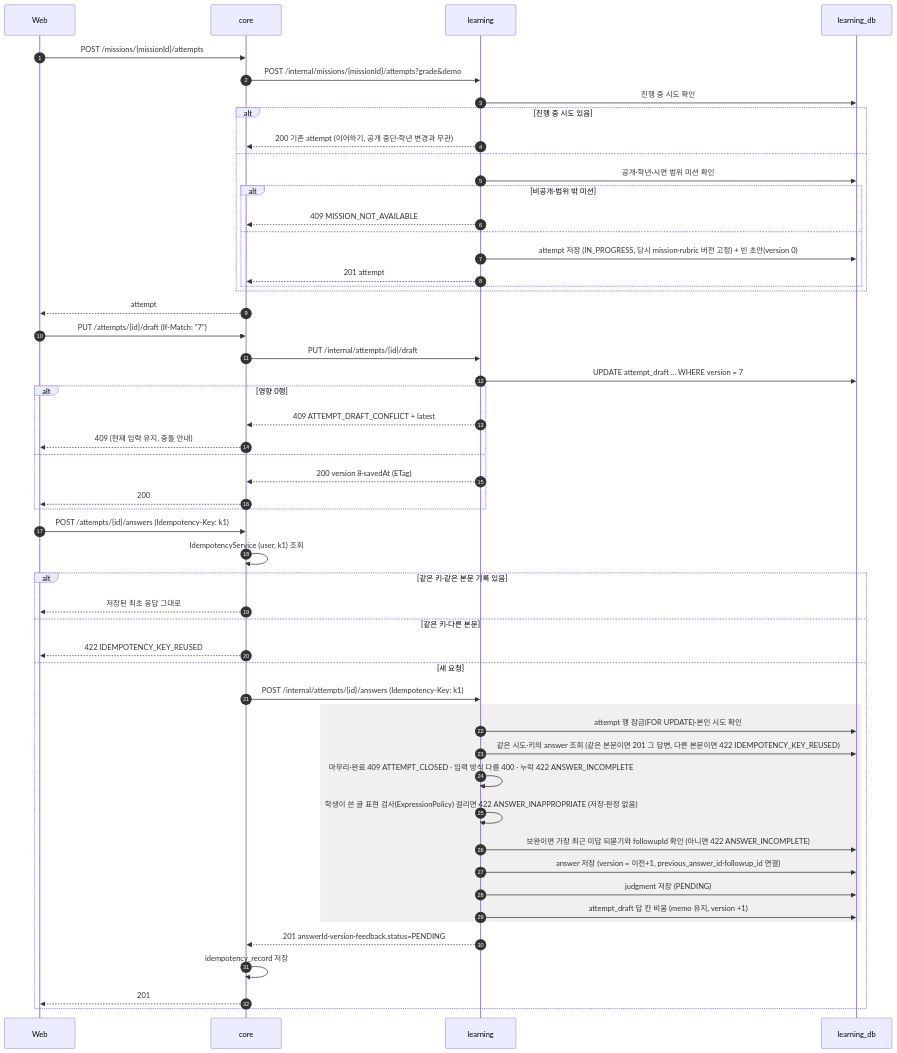
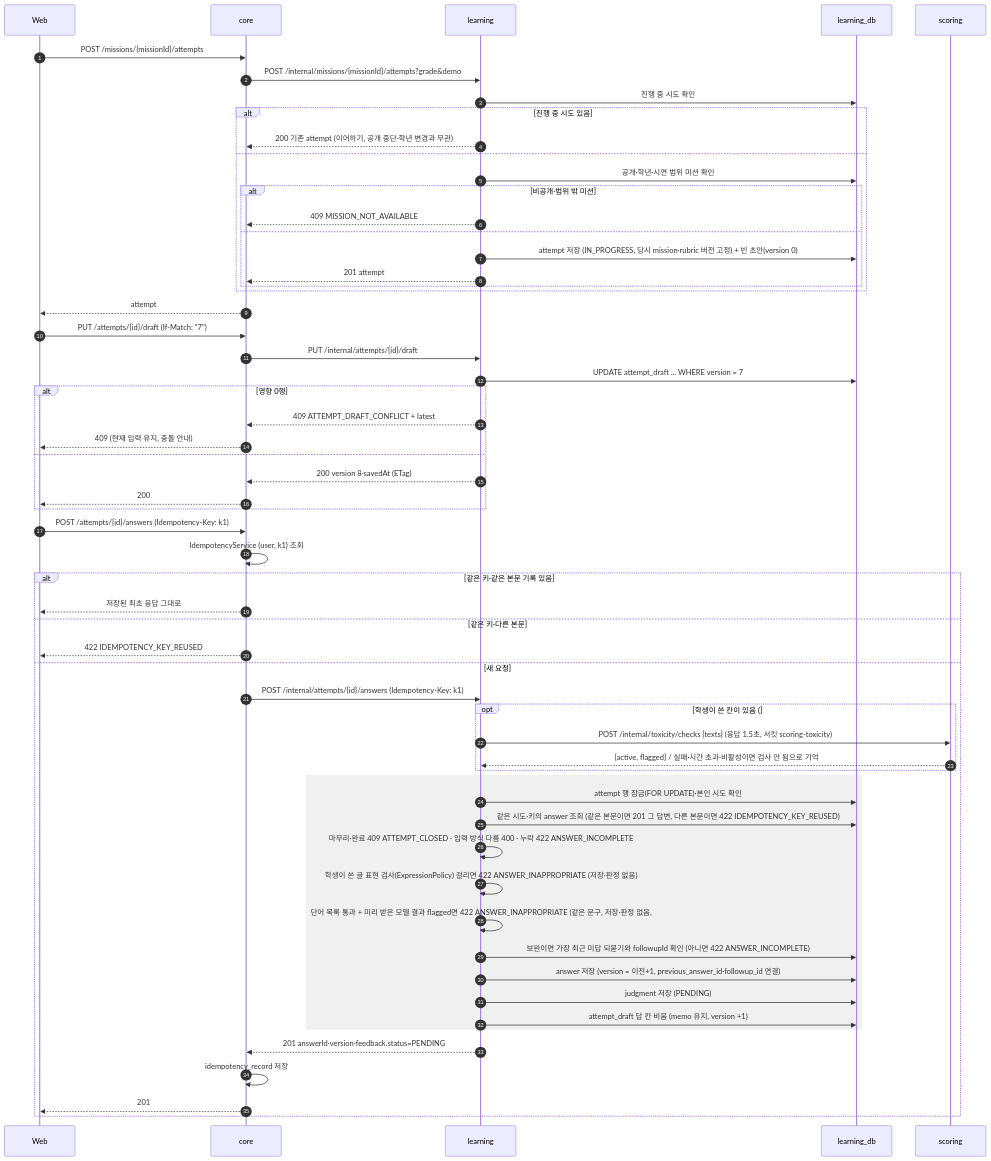
One commit to SKNETWORKS-FAMILY-AICAMP/SKN34-FINAL-3TEAM changed diagram 14 of 41 in docs/design/sequence-diagram.md. Above: the diagram before and after it, drawn with Mermaid. The commit also changed other lines of this file and 6 other files, not shown here.

````diff
--- a/docs/design/sequence-diagram.md
+++ b/docs/design/sequence-diagram.md
@@ -485,58 +485,64 @@
 ```mermaid
 sequenceDiagram
   autonumber
   participant W as Web
   participant C as core
   participant L as learning
   participant DB as learning_db
+  participant S as scoring
 
   W->>C: POST /missions/{missionId}/attempts
   C->>L: POST /internal/missions/{missionId}/attempts?grade&demo
   L->>DB: 진행 중 시도 확인
   alt 진행 중 시도 있음
     L-->>C: 200 기존 attempt (이어하기, 공개 중단·학년 변경과 무관)
   else
     L->>DB: 공개·학년·시연 범위 미션 확인
     alt 비공개·범위 밖 미션
       L-->>C: 409 MISSION_NOT_AVAILABLE
     else
       L->>DB: attempt 저장 (IN_PROGRESS, 당시 mission·rubric 버전 고정) + 빈 초안(version 0)
       L-->>C: 201 attempt
     end
   end
   C-->>W: attempt
 
   W->>C: PUT /attempts/{id}/draft (If-Match: "7")
   C->>L: PUT /internal/attempts/{id}/draft
   L->>DB: UPDATE attempt_draft ... WHERE version = 7
   alt 영향 0행
     L-->>C: 409 ATTEMPT_DRAFT_CONFLICT + latest
     C-->>W: 409 (현재 입력 유지, 충돌 안내)
   else
     L-->>C: 200 version 8·savedAt (ETag)
     C-->>W: 200
   end
 
   W->>C: POST /attempts/{id}/answers (Idempotency-Key: k1)
   C->>C: IdempotencyService (user, k1) 조회
   alt 같은 키·같은 본문 기록 있음
     C-->>W: 저장된 최초 응답 그대로
   else 같은 키·다른 본문
     C-->>W: 422 IDEMPOTENCY_KEY_REUSED
   else 새 요청
     C->>L: POST /internal/attempts/{id}/answers (Idempotency-Key: k1)
+    opt 학생이 쓴 칸이 있음 (#688)
+      L->>S: POST /internal/toxicity/checks {texts} (응답 1.5초, 서킷 scoring-toxicity)
+      S-->>L: {active, flagged} / 실패·시간 초과·비활성이면 검사 안 됨으로 기억
+    end
     rect rgba(128,128,128,0.12)
       L->>DB: attempt 행 잠금(FOR UPDATE)·본인 시도 확인
       L->>DB: 같은 시도·키의 answer 조회 (같은 본문이면 201 그 답변, 다른 본문이면 422 IDEMPOTENCY_KEY_REUSED)
       L->>L: 마무리·완료 409 ATTEMPT_CLOSED · 입력 방식 다름 400 · 누락 422 ANSWER_INCOMPLETE
       L->>L: 학생이 쓴 글 표현 검사(ExpressionPolicy) 걸리면 422 ANSWER_INAPPROPRIATE (저장·판정 없음)
+      L->>L: 단어 목록 통과 + 미리 받은 모델 결과 flagged면 422 ANSWER_INAPPROPRIATE (같은 문구, 저장·판정 없음, #688)
       L->>DB: 보완이면 가장 최근 미답 되묻기와 followupId 확인 (아니면 422 ANSWER_INCOMPLETE)
       L->>DB: answer 저장 (version = 이전+1, previous_answer_id·followup_id 연결)
       L->>DB: judgment 저장 (PENDING)
       L->>DB: attempt_draft 답 칸 비움 (memo 유지, version +1)
     end
     L-->>C: 201 answerId·version·feedback.status=PENDING
     C->>C: idempotency_record 저장
     C-->>W: 201
   end
 ```
````
